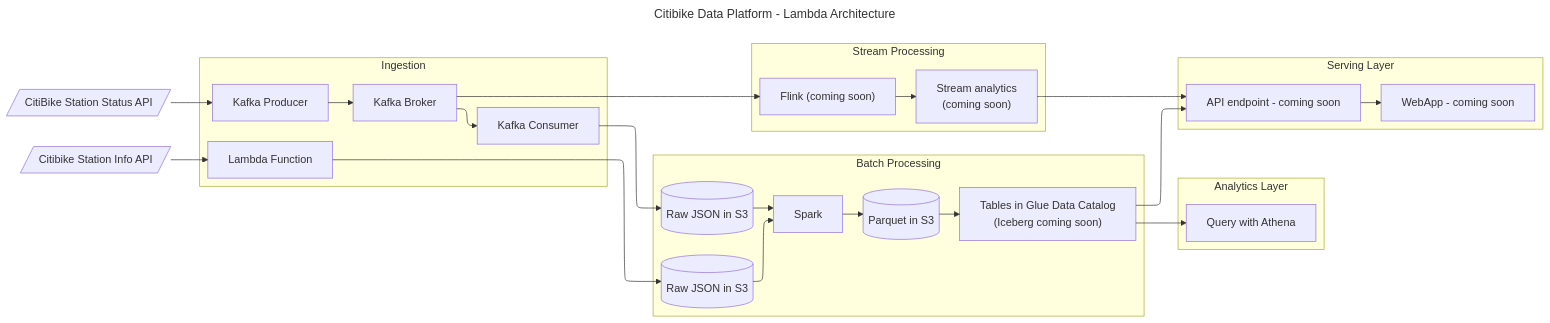
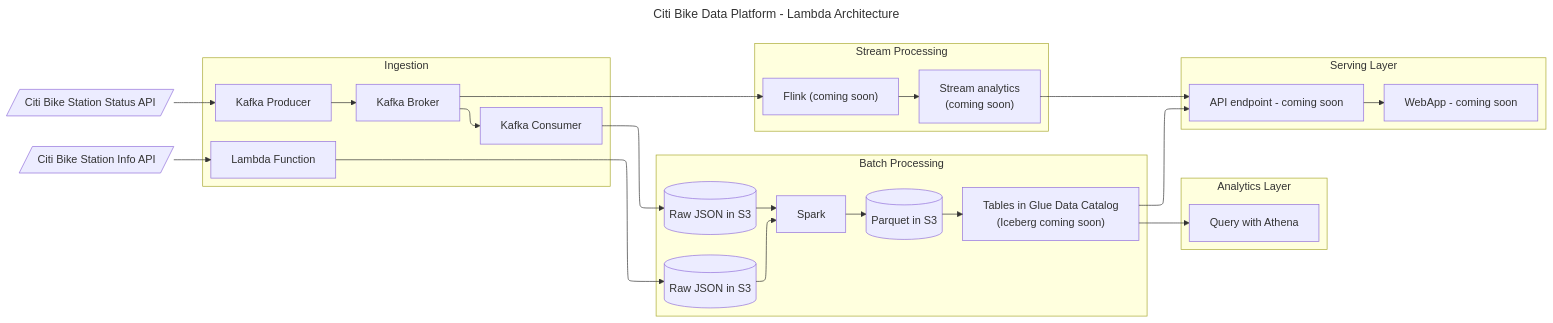
Before and after one commit to dkfreitag/citibike_data_platform: the diagram in README.md, drawn with Mermaid. The commit also changed other lines of this file and 18 other files, not shown here.

````diff
--- a/README.md
+++ b/README.md
@@ -24,56 +24,56 @@
 ```mermaid
 ---
-title: Citibike Data Platform - Lambda Architecture
+title: Citi Bike Data Platform - Lambda Architecture
 ---
 flowchart-elk LR
-    A@{ shape: in-out, label: "CitiBike Station Status API" }
+    A@{ shape: in-out, label: "Citi Bike Station Status API" }
     B@{ shape: rect, label: "Kafka Producer"}
     C@{ shape: rect, label: "Kafka Broker"}
     D@{ shape: rect, label: "Kafka Consumer"}
     E@{ shape: cyl, label: "Raw JSON in S3"}
     F@{ shape: rect, label: "Flink (coming soon)"}
     G@{ shape: rect, label: "Stream analytics
     (coming soon)"}
     H@{ shape: rect, label: "Spark"}
-    I@{ shape: in-out, label: "Citibike Station Info API"}
+    I@{ shape: in-out, label: "Citi Bike Station Info API"}
     J@{ shape: rect, label: "Lambda Function"}
     K@{ shape: cyl, label: "Raw JSON in S3"}
     L@{ shape: cyl, label: "Parquet in S3"}
     M@{ shape: rect, label: "Tables in Glue Data Catalog 
     (Iceberg coming soon)"}
     N@{ shape: rect, label: "Query with Athena"}
     O@{ shape: rect, label: "API endpoint - coming soon"}
     P@{ shape: rect, label: "WebApp - coming soon"}
     
     A --> B
     I --> J
     subgraph Ingestion
         B --> C
         C --> D
         J
     end
 
     subgraph Batch Processing
         D --> E
         E --> H
         J --> K
         K --> H
         H --> L
         L --> M
     end
 
     C --> F
     subgraph Stream Processing
         F --> G
     end
 
     subgraph Analytics Layer
         M --> N
     end
 
     G --> O
     subgraph Serving Layer
         M --> O
         O --> P
     end
 ```
````
